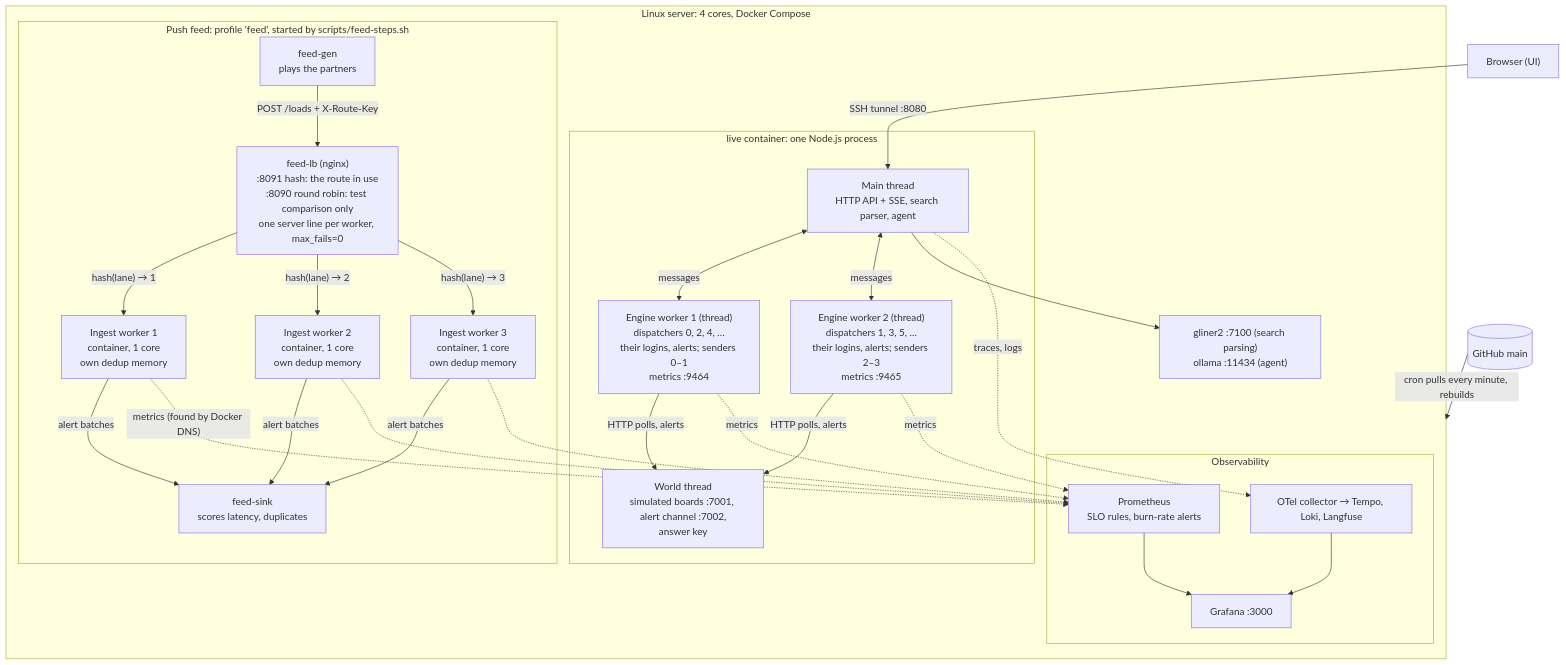
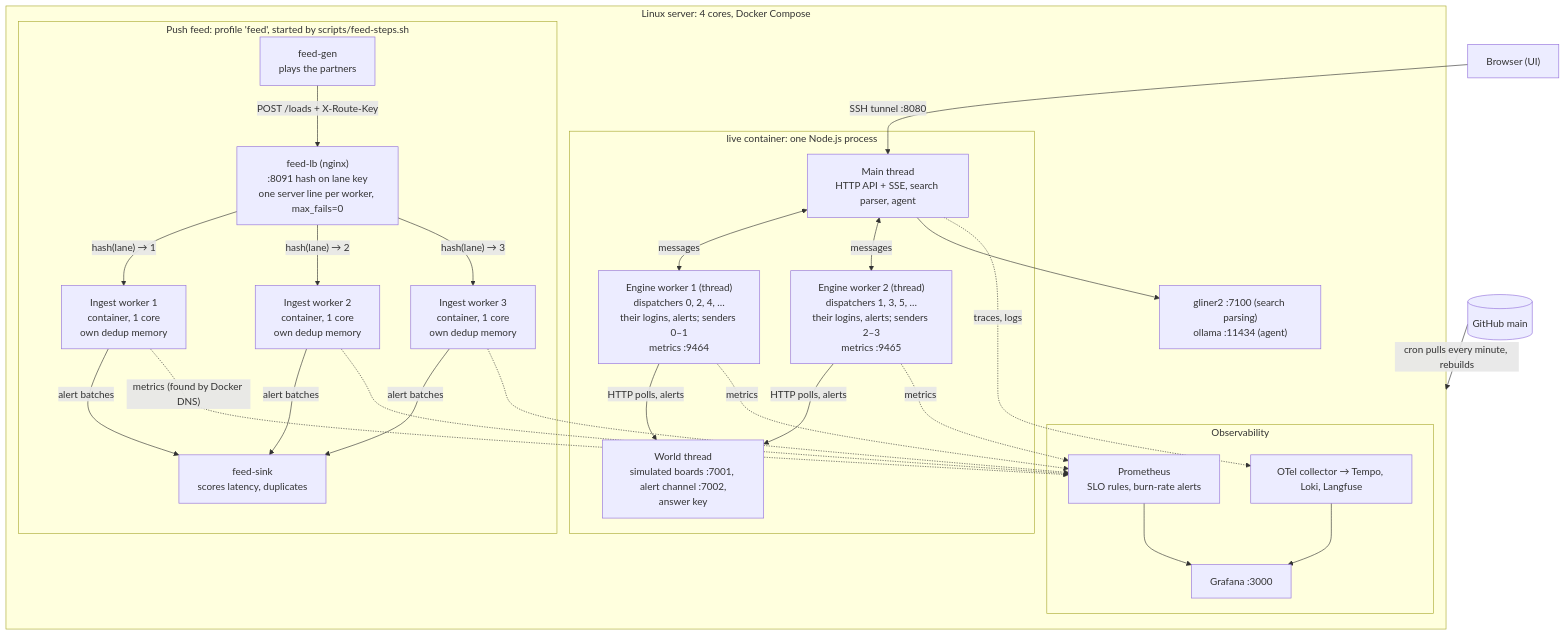
One commit to omardmv/load-radar changed the second of 2 diagrams in DESIGN.md. Above: the diagram before and after it, drawn with Mermaid. The commit also changed other lines of this file and 8 other files, not shown here.

````diff
--- a/DESIGN.md
+++ b/DESIGN.md
@@ -110,42 +91,42 @@
 ```mermaid
 flowchart TB
   BROWSER["Browser (UI)"] -->|SSH tunnel :8080| MAIN
   GH[(GitHub main)] -->|cron pulls every minute, rebuilds| SERVER
 
   subgraph SERVER["Linux server: 4 cores, Docker Compose"]
     subgraph LIVE["live container: one Node.js process"]
       MAIN["Main thread<br/>HTTP API + SSE, search parser, agent"]
       EW1["Engine worker 1 (thread)<br/>dispatchers 0, 2, 4, …<br/>their logins, alerts; senders 0–1<br/>metrics :9464"]
       EW2["Engine worker 2 (thread)<br/>dispatchers 1, 3, 5, …<br/>their logins, alerts; senders 2–3<br/>metrics :9465"]
       WORLD["World thread<br/>simulated boards :7001, alert channel :7002,<br/>answer key"]
       MAIN <-->|messages| EW1
       MAIN <-->|messages| EW2
       EW1 -->|HTTP polls, alerts| WORLD
       EW2 -->|HTTP polls, alerts| WORLD
     end
     subgraph FEED["Push feed: profile 'feed', started by scripts/feed-steps.sh"]
-      GEN["feed-gen<br/>plays the partners"] -->|"POST /loads + X-Route-Key"| LB["feed-lb (nginx)<br/>:8091 hash: the route in use<br/>:8090 round robin: test comparison only<br/>one server line per worker, max_fails=0"]
+      GEN["feed-gen<br/>plays the partners"] -->|"POST /loads + X-Route-Key"| LB["feed-lb (nginx)<br/>:8091 hash on lane key<br/>one server line per worker, max_fails=0"]
       LB -->|"hash(lane) → 1"| ING1["Ingest worker 1<br/>container, 1 core<br/>own dedup memory"]
       LB -->|"hash(lane) → 2"| ING2["Ingest worker 2<br/>container, 1 core<br/>own dedup memory"]
       LB -->|"hash(lane) → 3"| ING3["Ingest worker 3<br/>container, 1 core<br/>own dedup memory"]
       ING1 -->|alert batches| SINK["feed-sink<br/>scores latency, duplicates"]
       ING2 -->|alert batches| SINK
       ING3 -->|alert batches| SINK
     end
     MODELS["gliner2 :7100 (search parsing)<br/>ollama :11434 (agent)"]
     subgraph OBS["Observability"]
       PROM["Prometheus<br/>SLO rules, burn-rate alerts"]
       OTEL["OTel collector → Tempo, Loki, Langfuse"]
       GRAF["Grafana :3000"]
     end
     MAIN --> MODELS
     EW1 -. metrics .-> PROM
     EW2 -. metrics .-> PROM
     ING1 -. "metrics (found by Docker DNS)" .-> PROM
     ING2 -.-> PROM
     ING3 -.-> PROM
     MAIN -. traces, logs .-> OTEL
     PROM --> GRAF
     OTEL --> GRAF
   end
 ```
````
